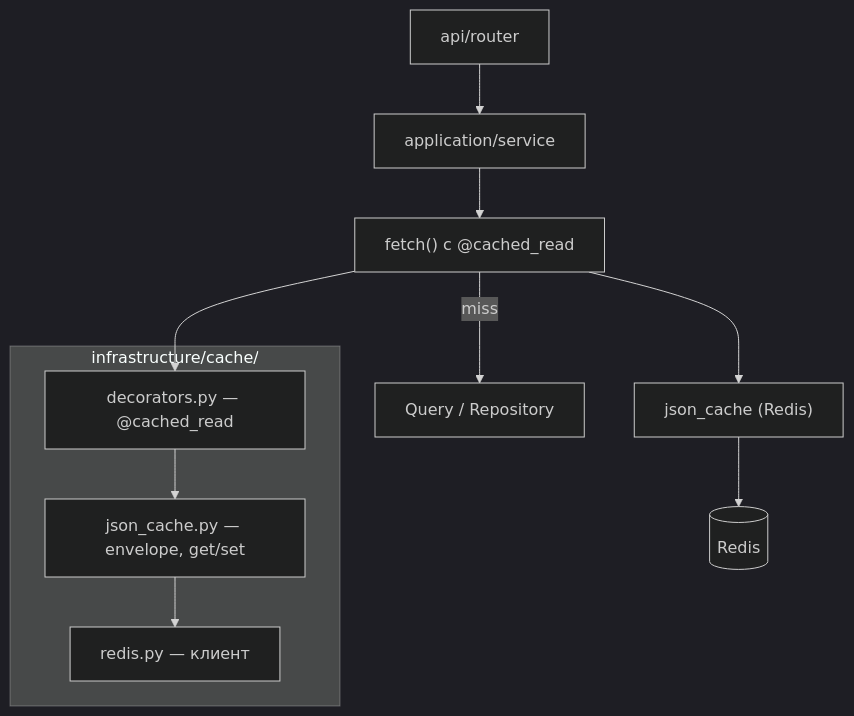
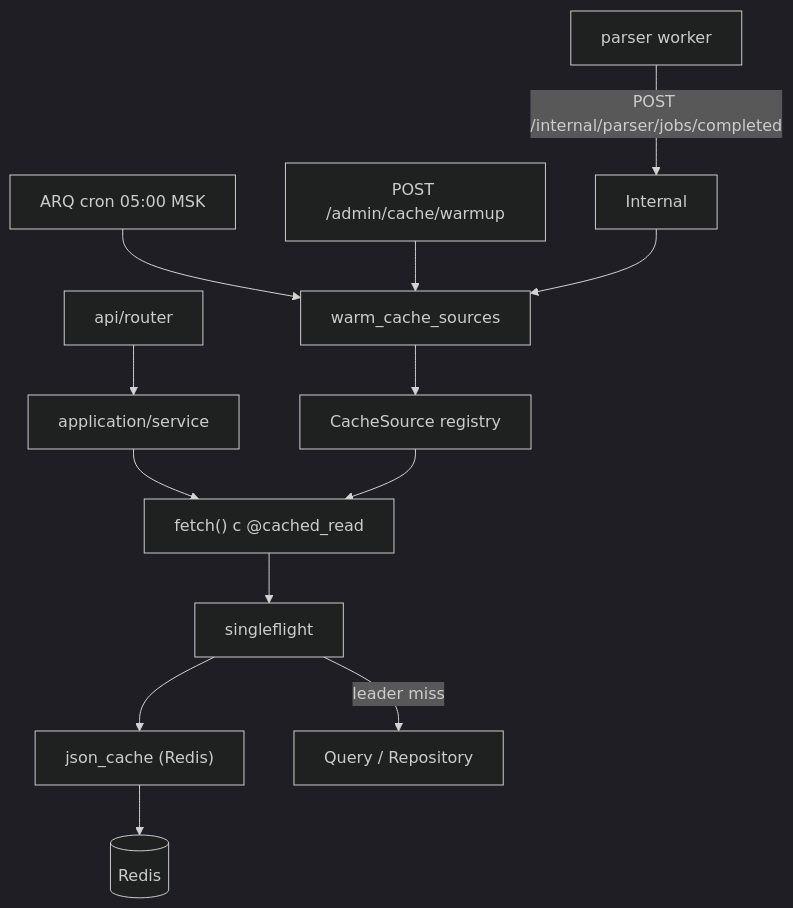
The diagram in architecture/caching.md (MarketHackerLabs/docs), drawn with Mermaid (dark theme) before and after one commit. The commit also changed other lines of this file and 3 other files, not shown here.

````diff
--- a/architecture/caching.md
+++ b/architecture/caching.md
@@ -26,18 +35,16 @@
 ```mermaid
 flowchart TB
     Router[api/router] --> App[application/service]
     App --> Fetch["fetch() с @cached_read"]
-    Fetch --> JSON["json_cache (Redis)"]
-    Fetch -->|miss| Source["Query / Repository"]
+    Fetch --> SF[singleflight]
+    SF --> JSON["json_cache (Redis)"]
+    SF -->|leader miss| Source["Query / Repository"]
     JSON --> Redis[(Redis)]
 
-    subgraph shared ["infrastructure/cache/"]
-        DEC["decorators.py — @cached_read"]
-        JC["json_cache.py — envelope, get/set"]
-        RD["redis.py — клиент"]
-    end
-
-    Fetch --> DEC
-    DEC --> JC
-    JC --> RD
+    Parser[parser worker] -->|POST /internal/parser/jobs/completed| Internal
+    Cron[ARQ cron 05:00 MSK] --> WarmJob
+    Admin[POST /admin/cache/warmup] --> WarmJob
+    Internal --> WarmJob[warm_cache_sources]
+    WarmJob --> Registry[CacheSource registry]
+    Registry --> Fetch
 ```
````
